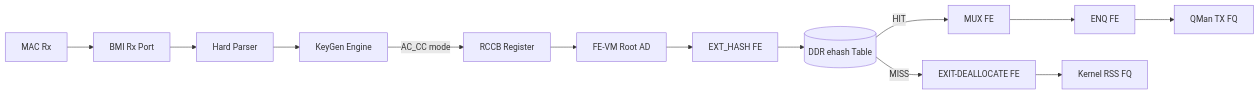
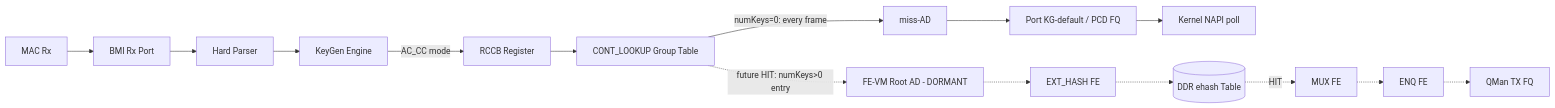
Before and after one commit to Daegara/vyos-ls1046a-build: the diagram in specs/fman-keygen-flow-key-spec.md, drawn with Mermaid. The commit also changed other lines of this file and 7 other files, not shown here.

First line of the commit message:
F-079: Fix 0132 scaffold CONT_LOOKUP AD encoding directly in patch file

````diff
--- a/specs/fman-keygen-flow-key-spec.md
+++ b/specs/fman-keygen-flow-key-spec.md
@@ -19,15 +19,17 @@
 ```mermaid
 flowchart LR
     MAC[MAC Rx] --> BMI[BMI Rx Port]
     BMI --> Parser[Hard Parser]
     Parser --> KG[KeyGen Engine]
     KG --> |AC_CC mode| RCCB[RCCB Register]
-    RCCB --> FE_ENTER[FE-VM Root AD]
-    FE_ENTER --> HashFE[EXT_HASH FE]
-    HashFE --> DDR[(DDR ehash Table)]
-    DDR --> |HIT| MUX[MUX FE]
-    MUX --> ENQ[ENQ FE]
-    ENQ --> QMan[QMan TX FQ]
-    DDR --> |MISS| Exit[EXIT-DEALLOCATE FE]
-    Exit --> Kernel[Kernel RSS FQ]
+    RCCB --> GRP[CONT_LOOKUP Group Table]
+    GRP --> |numKeys=0: every frame| MISSAD[miss-AD]
+    MISSAD --> KFQ[Port KG-default / PCD FQ]
+    KFQ --> Kernel[Kernel NAPI poll]
+    GRP -.-> |future HIT: numKeys>0 entry| FE_ENTER[FE-VM Root AD - DORMANT]
+    FE_ENTER -.-> HashFE[EXT_HASH FE]
+    HashFE -.-> DDR[(DDR ehash Table)]
+    DDR -.-> |HIT| MUX[MUX FE]
+    MUX -.-> ENQ[ENQ FE]
+    ENQ -.-> QMan[QMan TX FQ]
 ```
````
